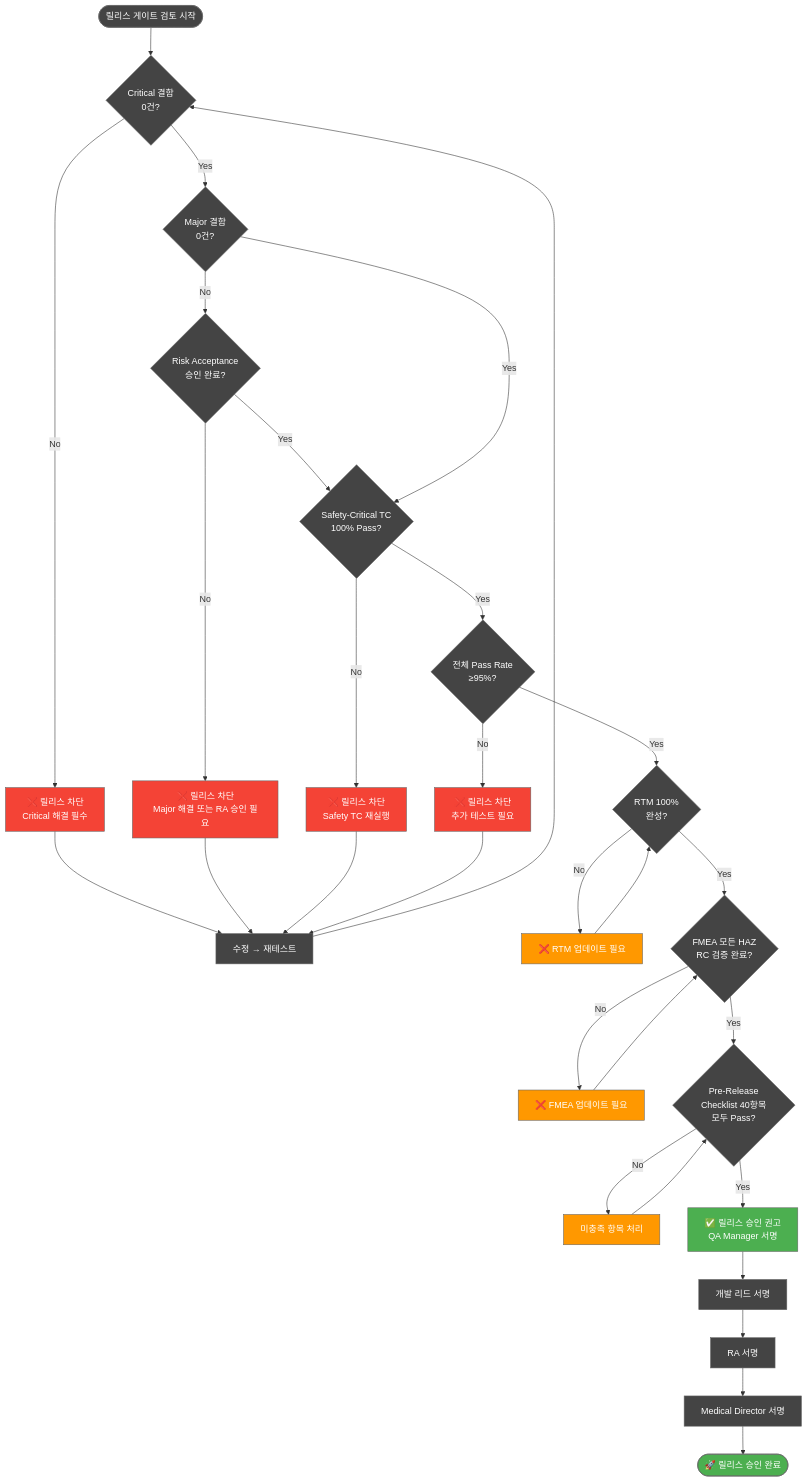
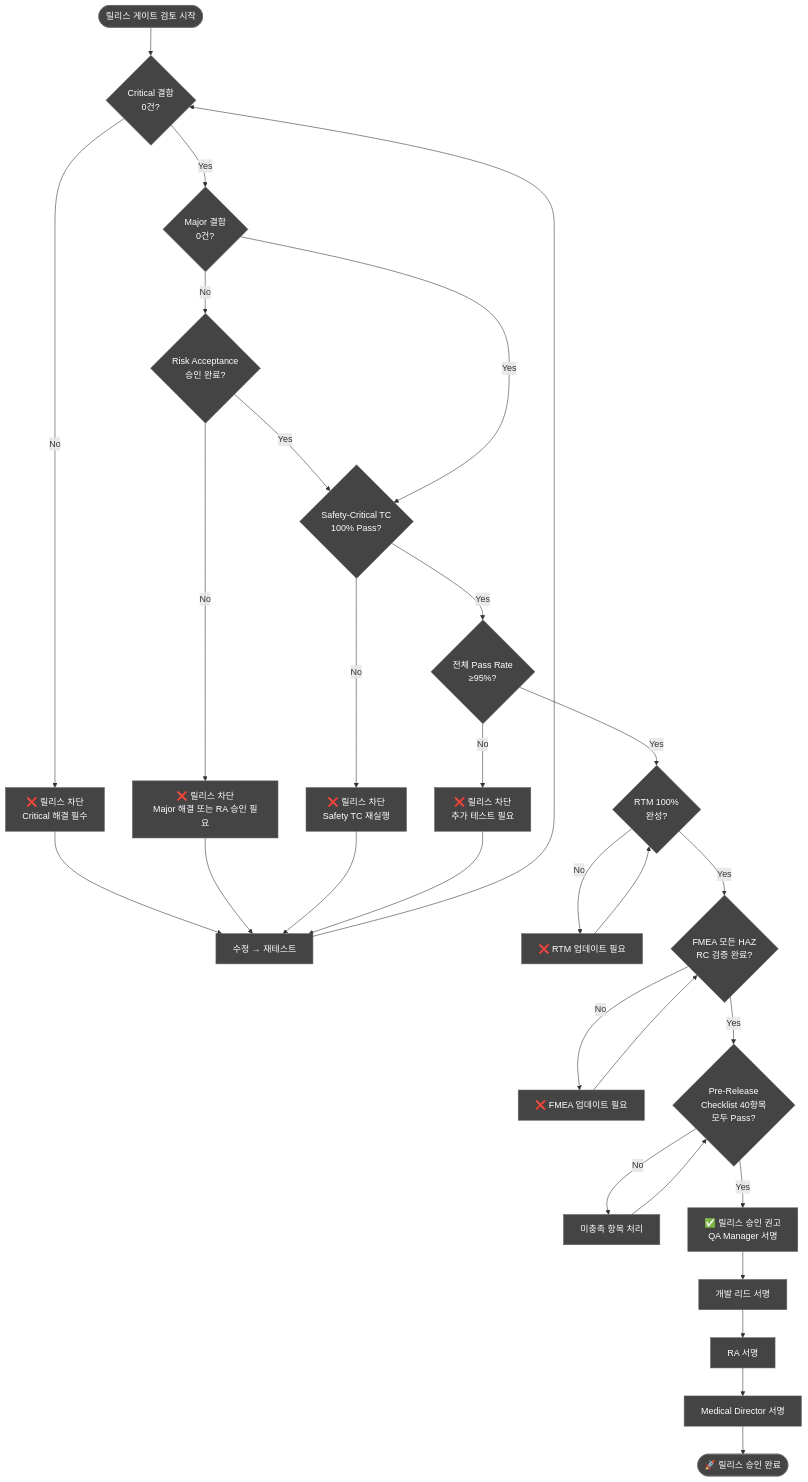
The fourth of 4 diagrams in docs/testing/DOC-030_QA_Test_Plan_v1.0.md (holee9/console-gui), drawn with Mermaid before and after one commit. The commit also changed other lines of this file and 35 other files, not shown here.

First line of the commit message:
fix: 전체 Mermaid 차트 색상 진한 회색 통일

````diff
--- a/docs/testing/DOC-030_QA_Test_Plan_v1.0.md
+++ b/docs/testing/DOC-030_QA_Test_Plan_v1.0.md
@@ -765,43 +765,43 @@
 ```mermaid
 flowchart TD
     classDef default fill:#444,stroke:#666,color:#fff
     A([릴리스 게이트 검토 시작]) --> B{Critical 결함\n0건?}
     B -- No --> C[❌ 릴리스 차단\nCritical 해결 필수]
     C --> D[수정 → 재테스트]
     D --> B
     B -- Yes --> E{Major 결함\n0건?}
     E -- No --> F{Risk Acceptance\n승인 완료?}
     F -- No --> G[❌ 릴리스 차단\nMajor 해결 또는 RA 승인 필요]
     G --> D
     F -- Yes --> H
     E -- Yes --> H{Safety-Critical TC\n100% Pass?}
     H -- No --> I[❌ 릴리스 차단\nSafety TC 재실행]
     I --> D
     H -- Yes --> J{전체 Pass Rate\n≥95%?}
     J -- No --> K[❌ 릴리스 차단\n추가 테스트 필요]
     K --> D
     J -- Yes --> L{RTM 100%\n완성?}
     L -- No --> M[❌ RTM 업데이트 필요]
     M --> L
     L -- Yes --> N{FMEA 모든 HAZ\nRC 검증 완료?}
     N -- No --> O[❌ FMEA 업데이트 필요]
     O --> N
     N -- Yes --> P{Pre-Release\nChecklist 40항목\n모두 Pass?}
     P -- No --> Q[미충족 항목 처리]
     Q --> P
     P -- Yes --> R[✅ 릴리스 승인 권고\nQA Manager 서명]
     R --> S[개발 리드 서명]
     S --> T[RA 서명]
     T --> U[Medical Director 서명]
     U --> V([🚀 릴리스 승인 완료])
 
-    style C fill:#f44336,color:#fff
-    style G fill:#f44336,color:#fff
-    style I fill:#f44336,color:#fff
-    style K fill:#f44336,color:#fff
-    style M fill:#FF9800,color:#fff
-    style O fill:#FF9800,color:#fff
-    style Q fill:#FF9800,color:#fff
-    style R fill:#4CAF50,color:#fff
-    style V fill:#4CAF50,color:#fff
+    style C fill:#444,color:#fff
+    style G fill:#444,color:#fff
+    style I fill:#444,color:#fff
+    style K fill:#444,color:#fff
+    style M fill:#444,color:#fff
+    style O fill:#444,color:#fff
+    style Q fill:#444,color:#fff
+    style R fill:#444,color:#fff
+    style V fill:#444,color:#fff
 ```
````
